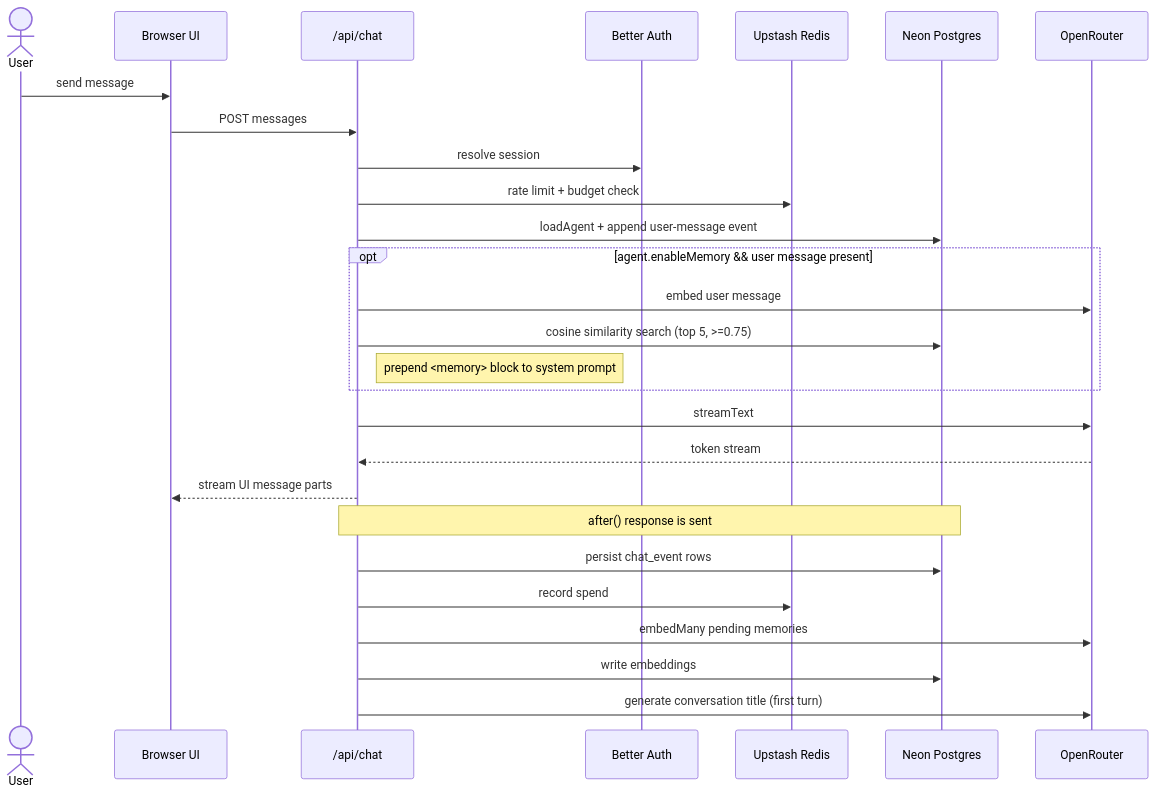
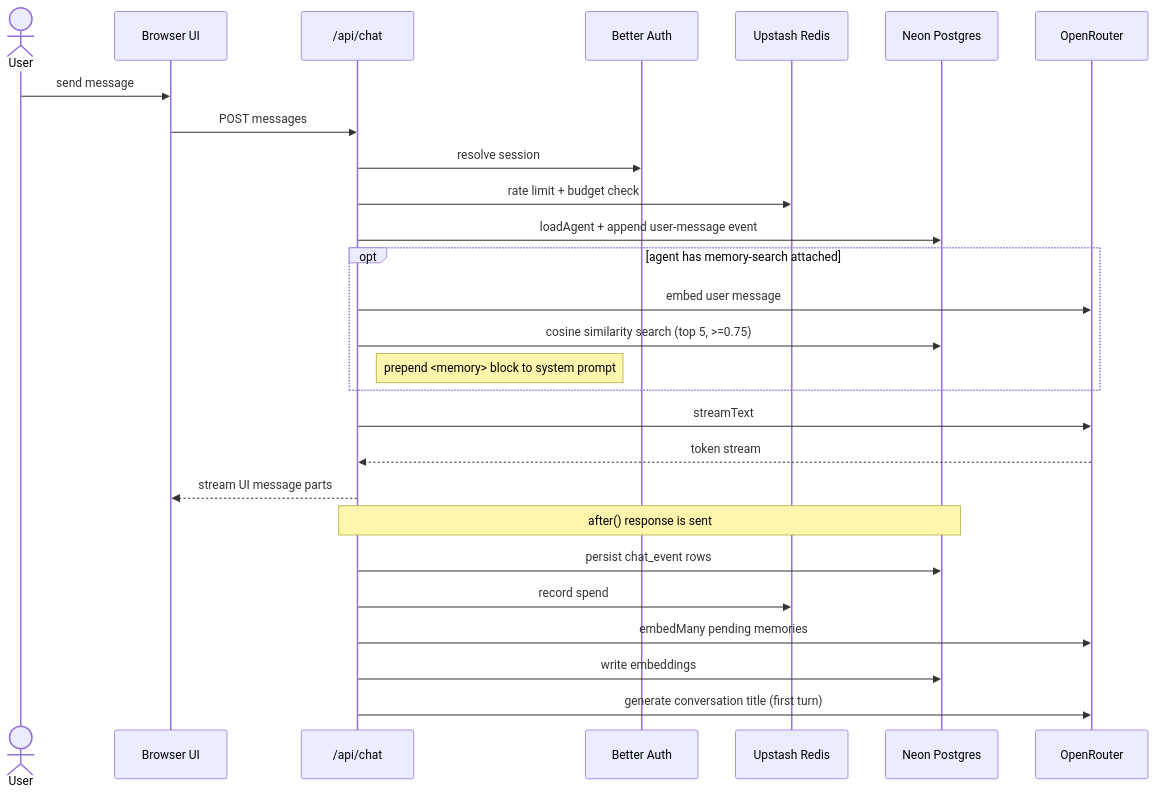
Before and after one commit to jimmy-guzman/comal.dev: the second of 5 diagrams in ARCHITECTURE.md, drawn with Mermaid. The commit also changed other lines of this file and 15 other files, not shown here.

First line of the commit message:
refactor: 🔄 memory is just a tool, drop enable_memory toggle

````diff
--- a/ARCHITECTURE.md
+++ b/ARCHITECTURE.md
@@ -30,30 +30,30 @@
 ```mermaid
 sequenceDiagram
   actor User
   participant UI as Browser UI
   participant API as /api/chat
   participant Auth as Better Auth
   participant Redis as Upstash Redis
   participant DB as Neon Postgres
   participant LLM as OpenRouter
 
   User->>UI: send message
   UI->>API: POST messages
   API->>Auth: resolve session
   API->>Redis: rate limit + budget check
   API->>DB: loadAgent + append user-message event
-  opt agent.enableMemory && user message present
+  opt agent has memory-search attached
     API->>LLM: embed user message
     API->>DB: cosine similarity search (top 5, >=0.75)
     Note right of API: prepend <memory> block to system prompt
   end
   API->>LLM: streamText
   LLM-->>API: token stream
   API-->>UI: stream UI message parts
   Note over API,DB: after() response is sent
   API->>DB: persist chat_event rows
   API->>Redis: record spend
   API->>LLM: embedMany pending memories
   API->>DB: write embeddings
   API->>LLM: generate conversation title (first turn)
 ```
````
